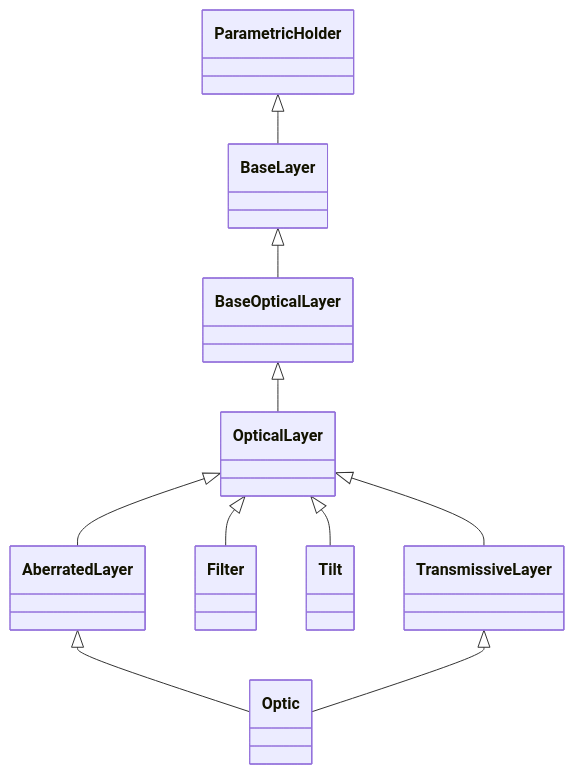
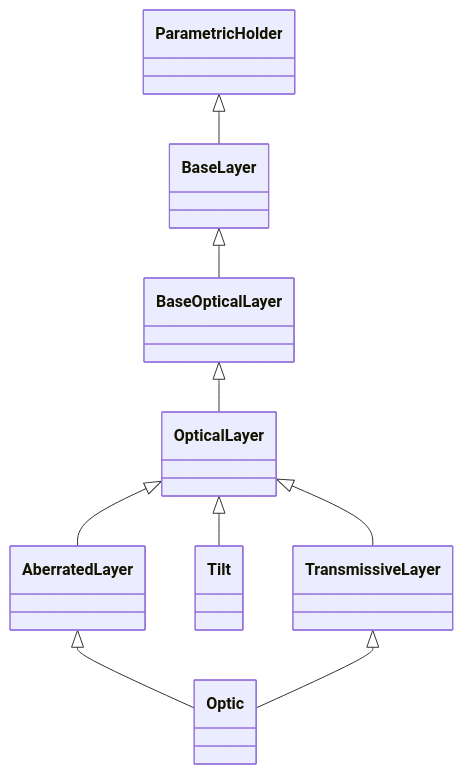
Before and after one commit to LouisDesdoigts/dLux: the diagram in docs/API/layers/optical_layers.md, drawn with Mermaid. The commit also changed other lines of this file and 5 other files, not shown here.

````diff
--- a/docs/API/layers/optical_layers.md
+++ b/docs/API/layers/optical_layers.md
@@ -5,12 +5,11 @@
 ```mermaid
 classDiagram
     AberratedLayer <|-- Optic
     BaseLayer <|-- BaseOpticalLayer
     BaseOpticalLayer <|-- OpticalLayer
     OpticalLayer <|-- AberratedLayer
-    OpticalLayer <|-- Filter
     OpticalLayer <|-- Tilt
     OpticalLayer <|-- TransmissiveLayer
     ParametricHolder <|-- BaseLayer
     TransmissiveLayer <|-- Optic
 ```
````
